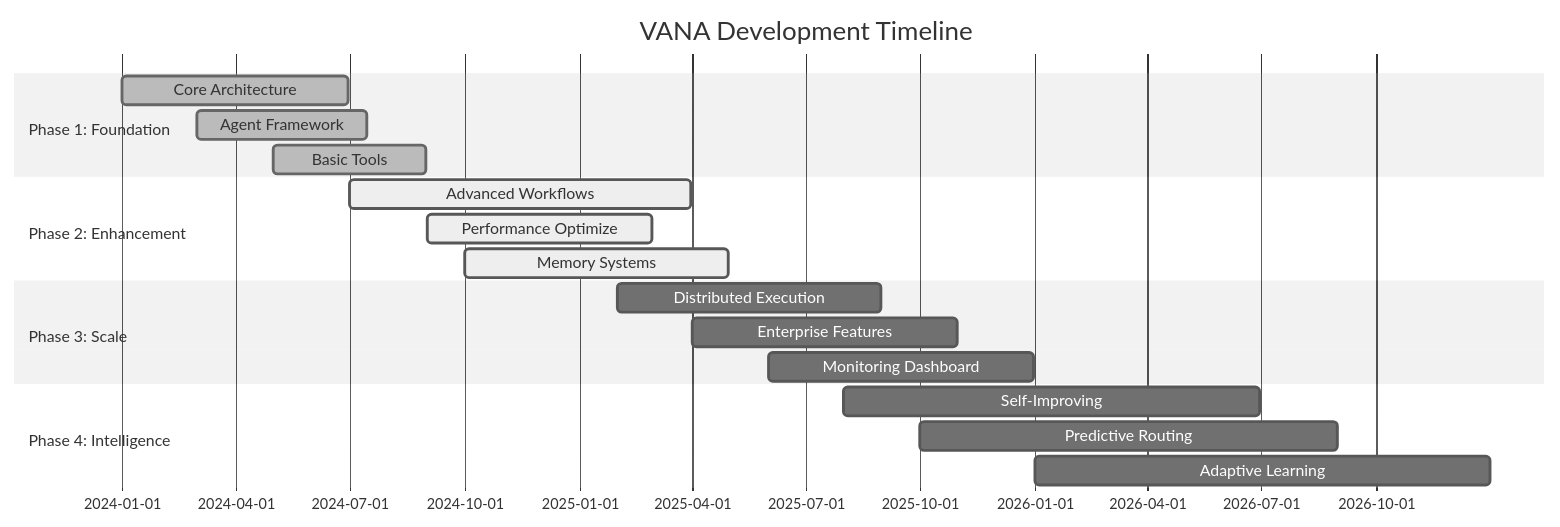
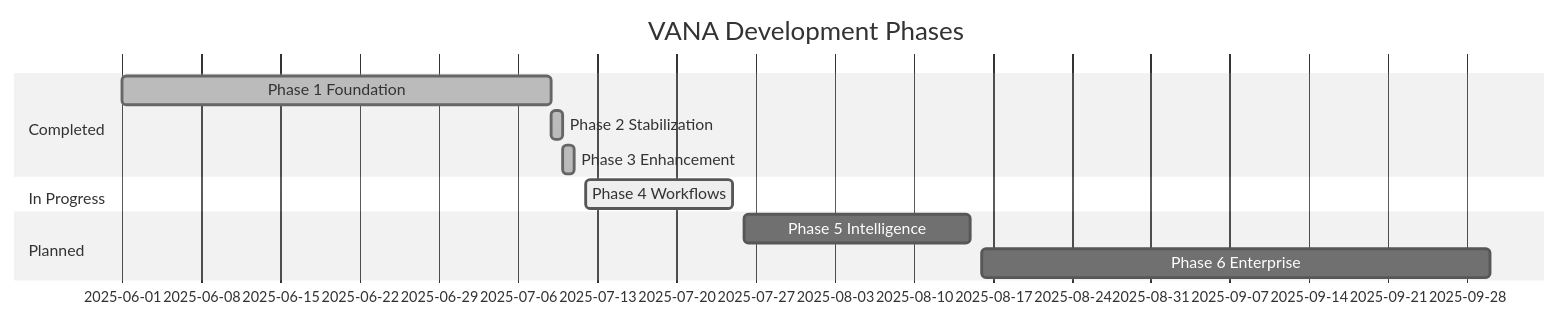
The diagram in docs/ROADMAP.md (NickB03/vana), drawn with Mermaid (neutral theme) before and after one commit. The commit also changed other lines of this file and 16 other files, not shown here.

````diff
--- a/docs/ROADMAP.md
+++ b/docs/ROADMAP.md
@@ -11,24 +16,16 @@
 ```mermaid
 gantt
-    title VANA Development Timeline
-    dateFormat  YYYY-MM-DD
-    section Phase 1: Foundation
-    Core Architecture    :done, phase1a, 2024-01-01, 2024-06-30
-    Agent Framework      :done, phase1b, 2024-03-01, 2024-07-15
-    Basic Tools          :done, phase1c, 2024-05-01, 2024-08-31
+    title VANA Development Phases
+    dateFormat YYYY-MM-DD
+    section Completed
+    Phase 1 Foundation    :done, p1, 2025-06-01, 2025-07-09
+    Phase 2 Stabilization :done, p2, 2025-07-09, 2025-07-10
+    Phase 3 Enhancement   :done, p3, 2025-07-10, 2025-07-11
     
-    section Phase 2: Enhancement
-    Advanced Workflows   :active, phase2a, 2024-07-01, 2025-03-31
-    Performance Optimize :active, phase2b, 2024-09-01, 2025-02-28
-    Memory Systems       :active, phase2c, 2024-10-01, 2025-04-30
+    section In Progress
+    Phase 4 Workflows     :active, p4, 2025-07-12, 2025-07-25
     
-    section Phase 3: Scale
-    Distributed Execution:        phase3a, 2025-02-01, 2025-08-31
-    Enterprise Features  :        phase3b, 2025-04-01, 2025-10-31
-    Monitoring Dashboard :        phase3c, 2025-06-01, 2025-12-31
-    
-    section Phase 4: Intelligence
-    Self-Improving      :         phase4a, 2025-08-01, 2026-06-30
-    Predictive Routing  :         phase4b, 2025-10-01, 2026-08-31
-    Adaptive Learning   :         phase4c, 2026-01-01, 2026-12-31
+    section Planned
+    Phase 5 Intelligence  :p5, 2025-07-26, 2025-08-15
+    Phase 6 Enterprise    :p6, 2025-08-16, 2025-09-30
 ```
````
